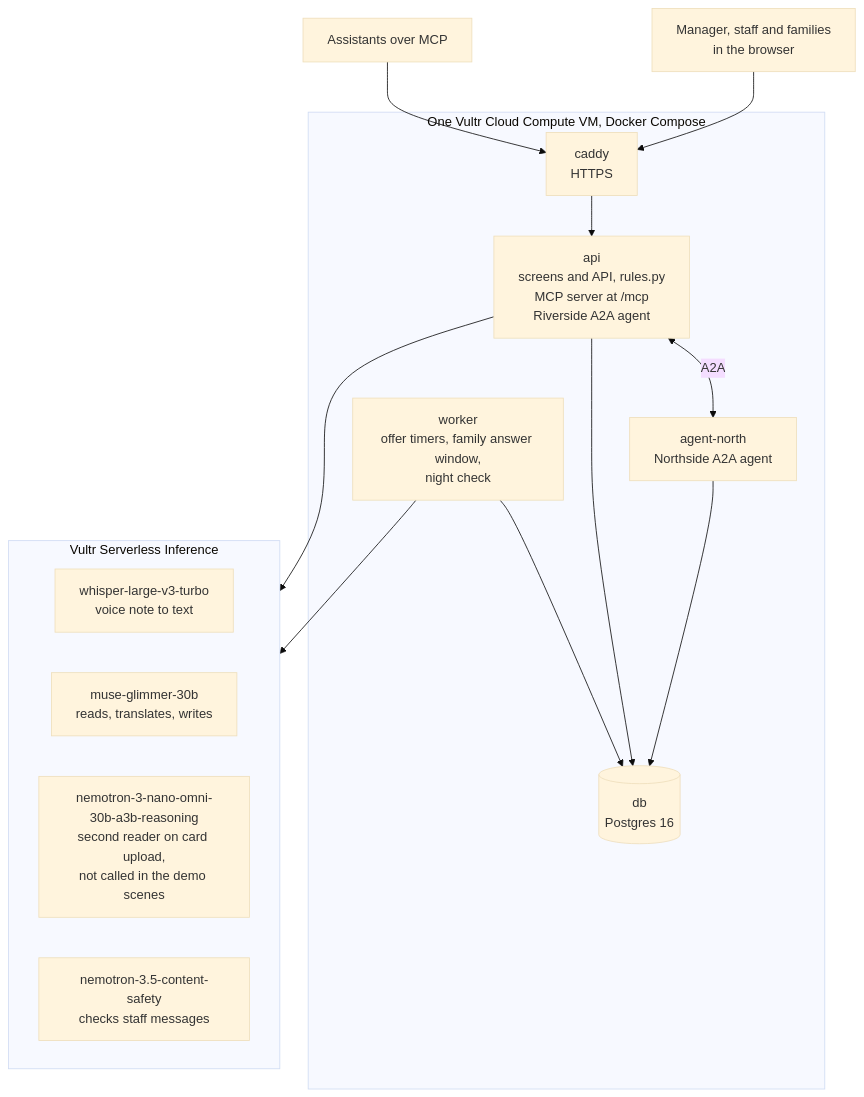
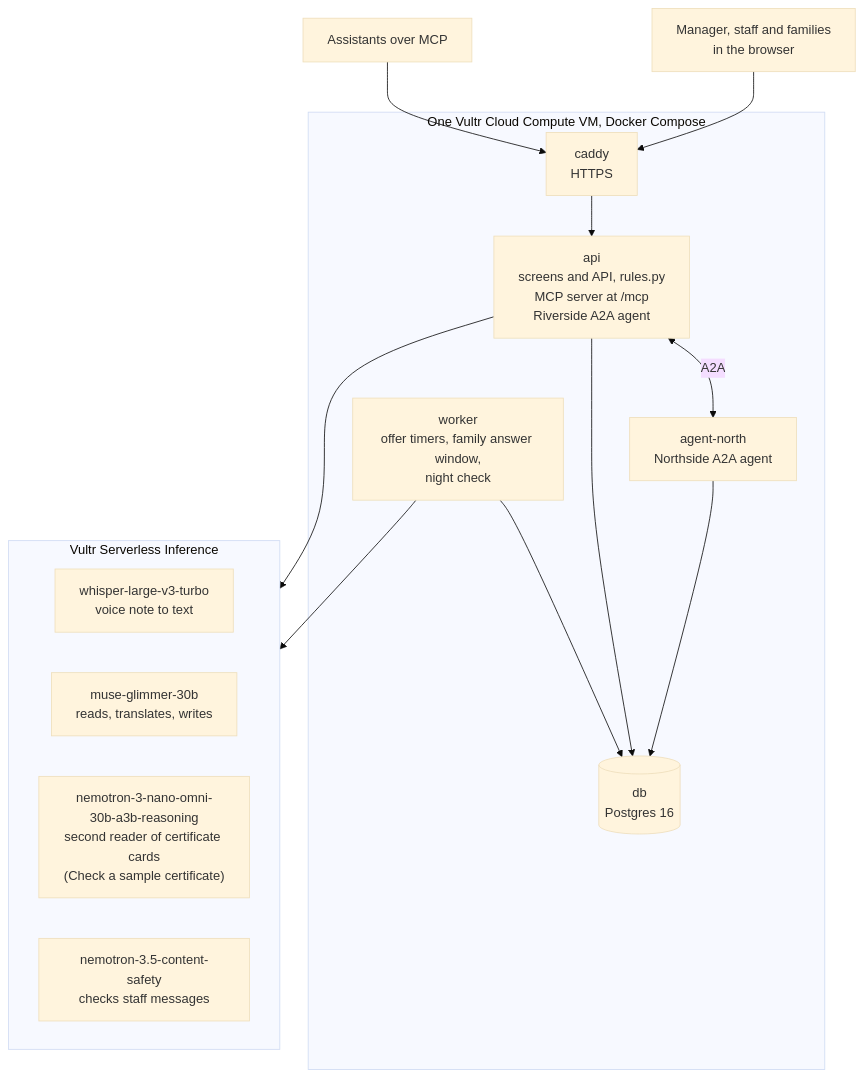
Before and after one commit to NadyKor15/coachcover: the diagram in README.md, drawn with Mermaid (base theme). The commit also changed other lines of this file, not shown here.

Commit message:
README: the sample certificate check, how Omni runs live, laptop zoom hint

````diff
--- a/README.md
+++ b/README.md
@@ -90,24 +95,24 @@
 ```mermaid
 flowchart TB
   people["Manager, staff and families<br/>in the browser"] --> caddy
   assistants["Assistants over MCP"] --> caddy
   subgraph vm["One Vultr Cloud Compute VM, Docker Compose"]
     caddy["caddy<br/>HTTPS"] --> api
     api["api<br/>screens and API, rules.py<br/>MCP server at /mcp<br/>Riverside A2A agent"]
     north["agent-north<br/>Northside A2A agent"]
     worker["worker<br/>offer timers, family answer window,<br/>night check"]
     db[("db<br/>Postgres 16")]
     api <-->|A2A| north
     api --> db
     north --> db
     worker --> db
   end
   subgraph si["Vultr Serverless Inference"]
     whisper["whisper-large-v3-turbo<br/>voice note to text"]
     muse["muse-glimmer-30b<br/>reads, translates, writes"]
-    omni["nemotron-3-nano-omni-30b-a3b-reasoning<br/>second reader on card upload,<br/>not called in the demo scenes"]
+    omni["nemotron-3-nano-omni-30b-a3b-reasoning<br/>second reader of certificate cards<br/>(Check a sample certificate)"]
     safety["nemotron-3.5-content-safety<br/>checks staff messages"]
   end
   api --> si
   worker --> si
 ```
````
